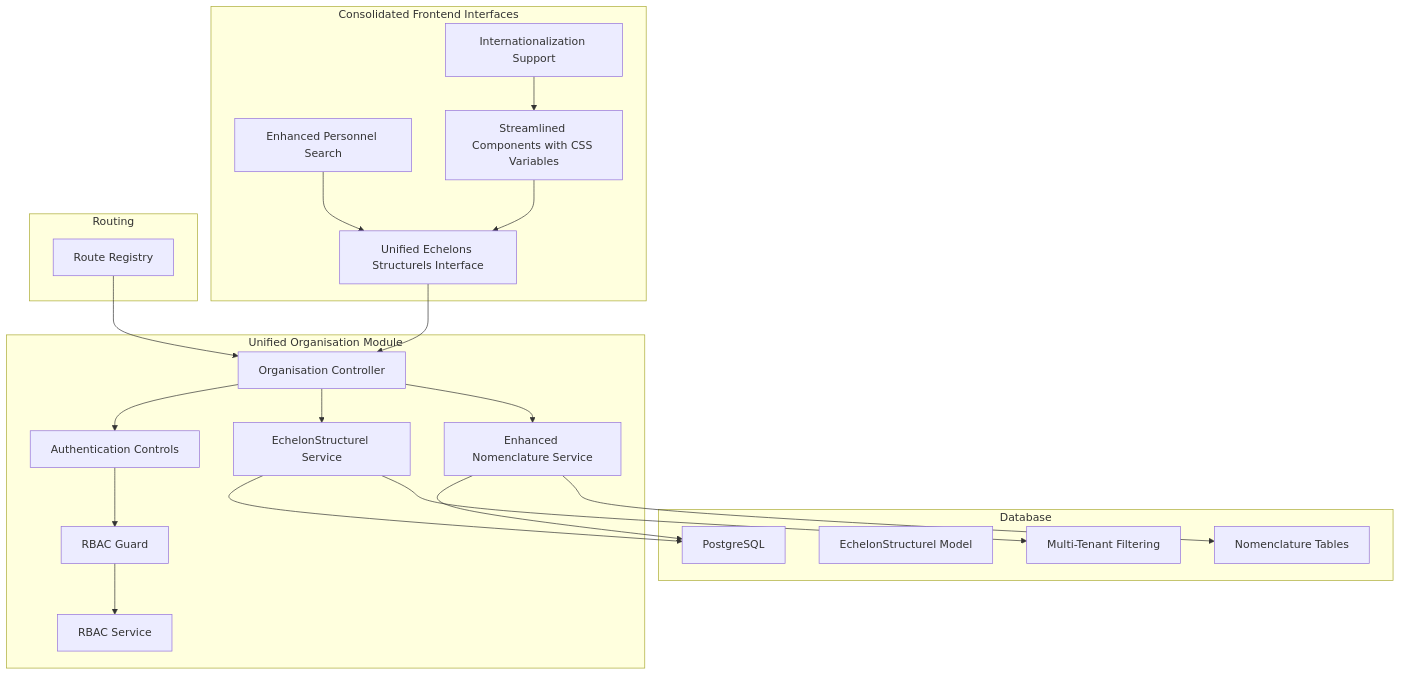
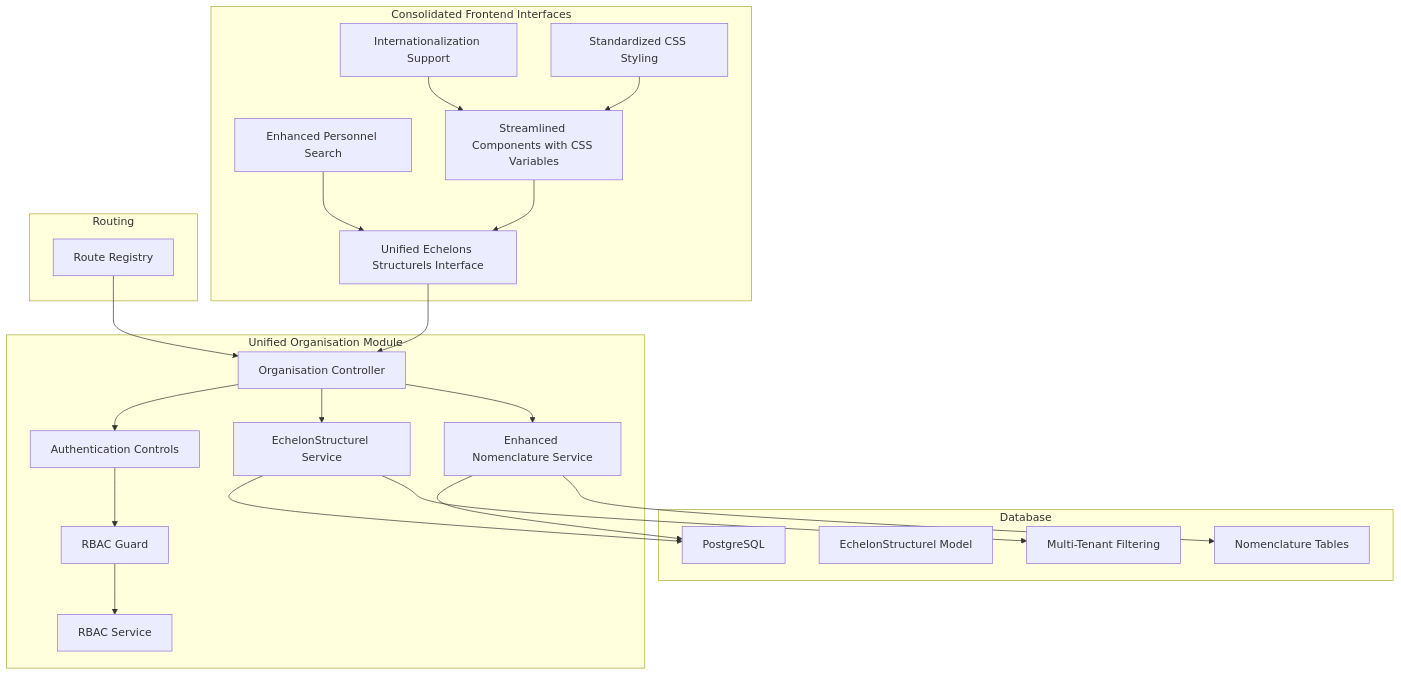
Before and after one commit to franckylab/eLISAschool: the first of 10 diagrams in .qoder/repowiki/en/content/Human Resources Management/Personnel Administration/Organizational Structure.md, drawn with Mermaid. The commit also changed other lines of this file and 270 other files, not shown here.

````diff
--- a/.qoder/repowiki/en/content/Human Resources Management/Personnel Administration/Organizational Structure.md
+++ b/.qoder/repowiki/en/content/Human Resources Management/Personnel Administration/Organizational Structure.md
@@ -52,40 +52,42 @@
 ```mermaid
 graph TB
 subgraph "Database"
 DB["PostgreSQL"]
 EchelonStruct["EchelonStructurel Model"]
 NomenclatureTables["Nomenclature Tables"]
 MultiTenant["Multi-Tenant Filtering"]
 end
 subgraph "Unified Organisation Module"
 OrgCtrl["Organisation Controller"]
 EchelonSvc["EchelonStructurel Service"]
 NomenclatureSvc["Enhanced Nomenclature Service"]
 RbacGuard["RBAC Guard"]
 RbacSvc["RBAC Service"]
 AuthControl["Authentication Controls"]
 end
 subgraph "Consolidated Frontend Interfaces"
 UnifiedInterface["Unified Echelons Structurels Interface"]
 EnhancedSearch["Enhanced Personnel Search"]
 StreamlinedComponents["Streamlined Components with CSS Variables"]
 I18nSupport["Internationalization Support"]
+StandardizedStyling["Standardized CSS Styling"]
 end
 subgraph "Routing"
 Router["Route Registry"]
 end
 Router --> OrgCtrl
 OrgCtrl --> AuthControl
 AuthControl --> RbacGuard
 RbacGuard --> RbacSvc
 OrgCtrl --> EchelonSvc
 OrgCtrl --> NomenclatureSvc
 EchelonSvc --> DB
 EchelonSvc --> MultiTenant
 NomenclatureSvc --> DB
 NomenclatureSvc --> NomenclatureTables
 UnifiedInterface --> OrgCtrl
 EnhancedSearch --> UnifiedInterface
 StreamlinedComponents --> UnifiedInterface
+StandardizedStyling --> StreamlinedComponents
 I18nSupport --> StreamlinedComponents
 ```
````
